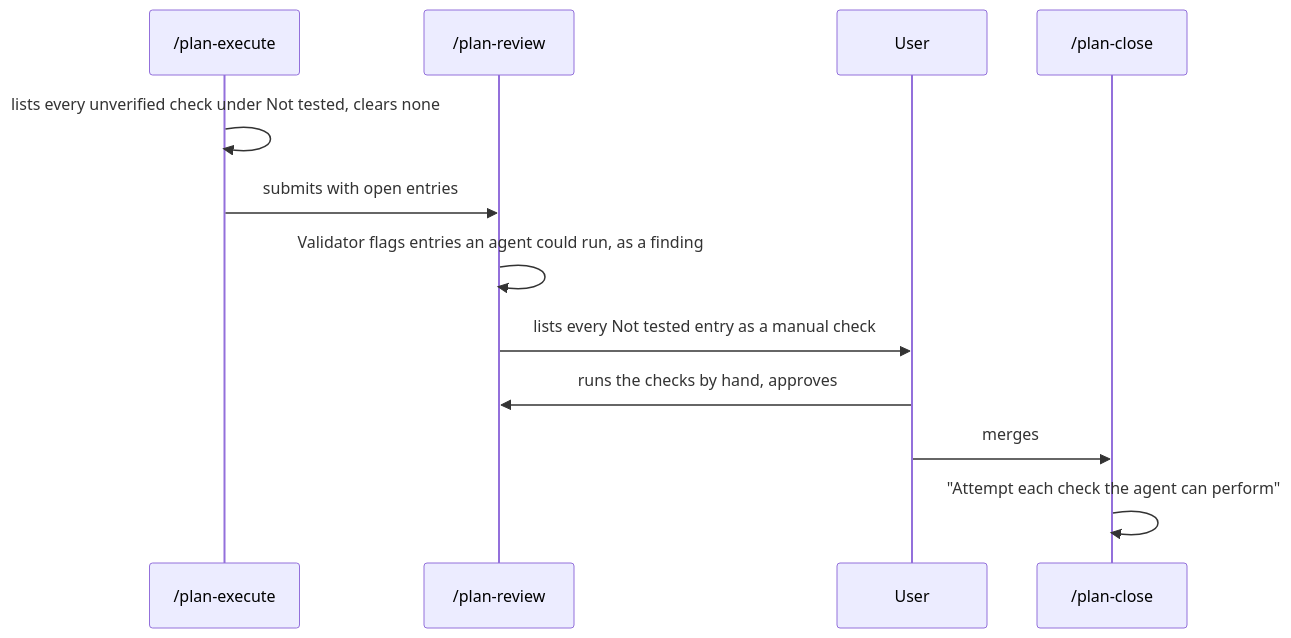
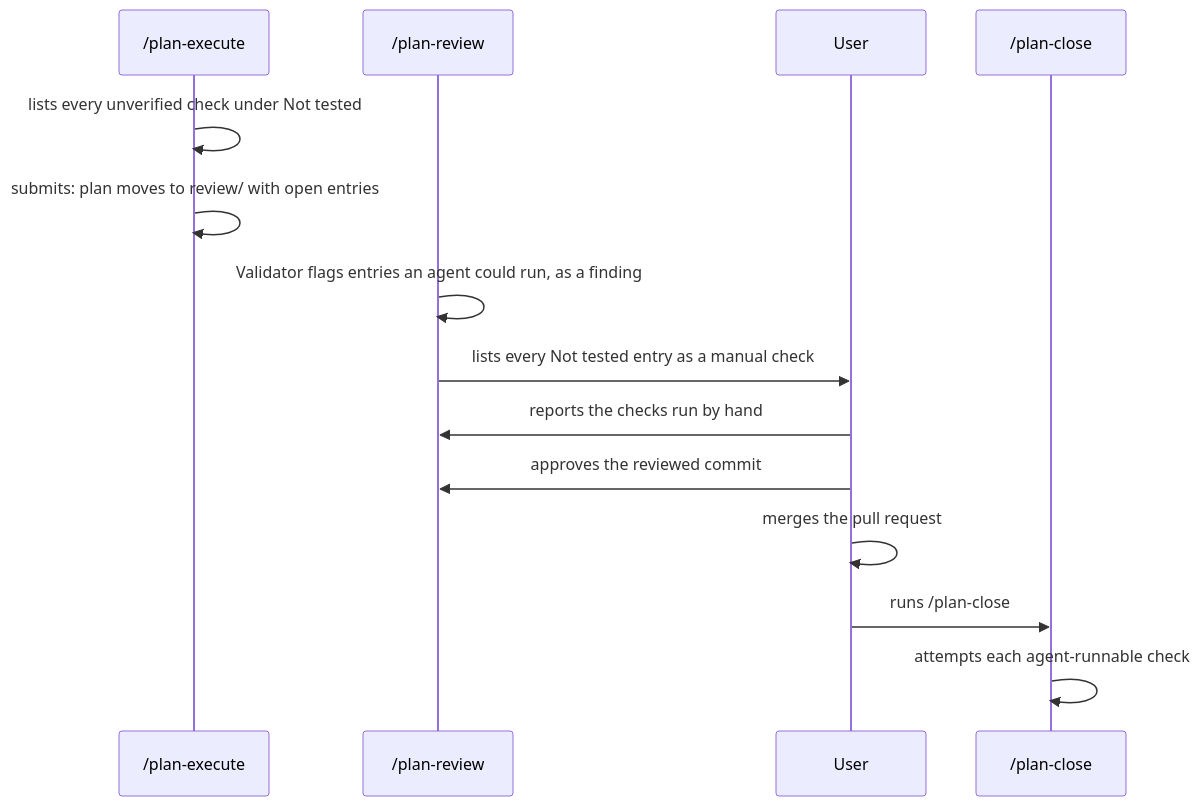
The first of 2 diagrams in plans/backlog/plans-agents-run-checks-before-handoff.md (kirinmurphy/roborepo-alpha), drawn with Mermaid before and after one commit. The commit also changed other lines of this file, not shown here.

Commit message:
Update plan plans-agents-run-checks-before-handoff

````diff
--- a/plans/backlog/plans-agents-run-checks-before-handoff.md
+++ b/plans/backlog/plans-agents-run-checks-before-handoff.md
@@ -51,14 +54,16 @@
 ```mermaid
 sequenceDiagram
   participant E as /plan-execute
   participant R as /plan-review
   participant U as User
   participant C as /plan-close
-  E->>E: lists every unverified check under Not tested, clears none
-  E->>R: submits with open entries
+  E->>E: lists every unverified check under Not tested
+  E->>E: submits: plan moves to review/ with open entries
   R->>R: Validator flags entries an agent could run, as a finding
   R->>U: lists every Not tested entry as a manual check
-  U->>R: runs the checks by hand, approves
-  U->>C: merges
-  C->>C: "Attempt each check the agent can perform"
+  U->>R: reports the checks run by hand
+  U->>R: approves the reviewed commit
+  U->>U: merges the pull request
+  U->>C: runs /plan-close
+  C->>C: attempts each agent-runnable check
 ```
````
